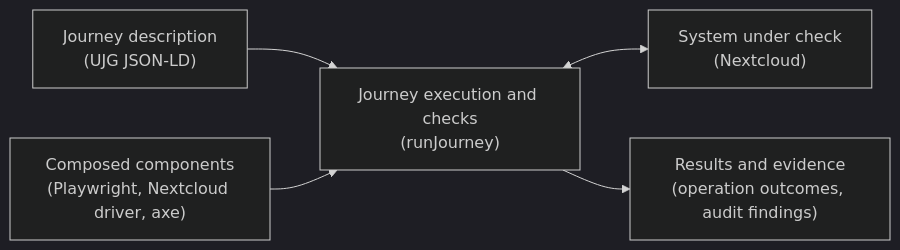
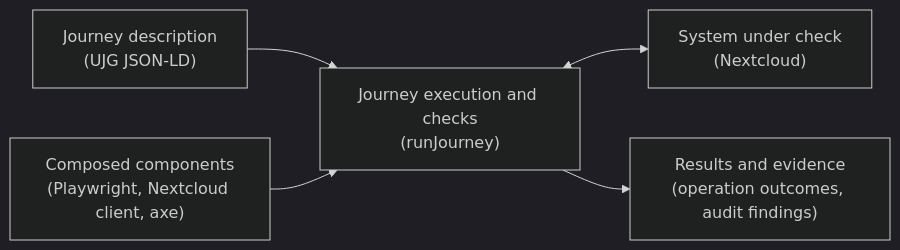
One commit to openuji/journey-mesh changed the first of 6 diagrams in README.md. Above: the diagram before and after it, drawn with Mermaid (dark theme). The commit also changed other lines of this file and 20 other files, not shown here.

Commit message:
refactor: architecture lint rules, docs, second-vendor proof

````diff
--- a/README.md
+++ b/README.md
@@ -32,7 +32,7 @@
 ```mermaid
 flowchart LR
   journey["Journey description<br/>(UJG JSON-LD)"] --> execution["Journey execution and checks<br/>(runJourney)"]
-  components["Composed components<br/>(Playwright, Nextcloud driver, axe)"] --> execution
+  components["Composed components<br/>(Playwright, Nextcloud client, axe)"] --> execution
   execution <--> system["System under check<br/>(Nextcloud)"]
   execution --> evidence["Results and evidence<br/>(operation outcomes, audit findings)"]
 ```
````
